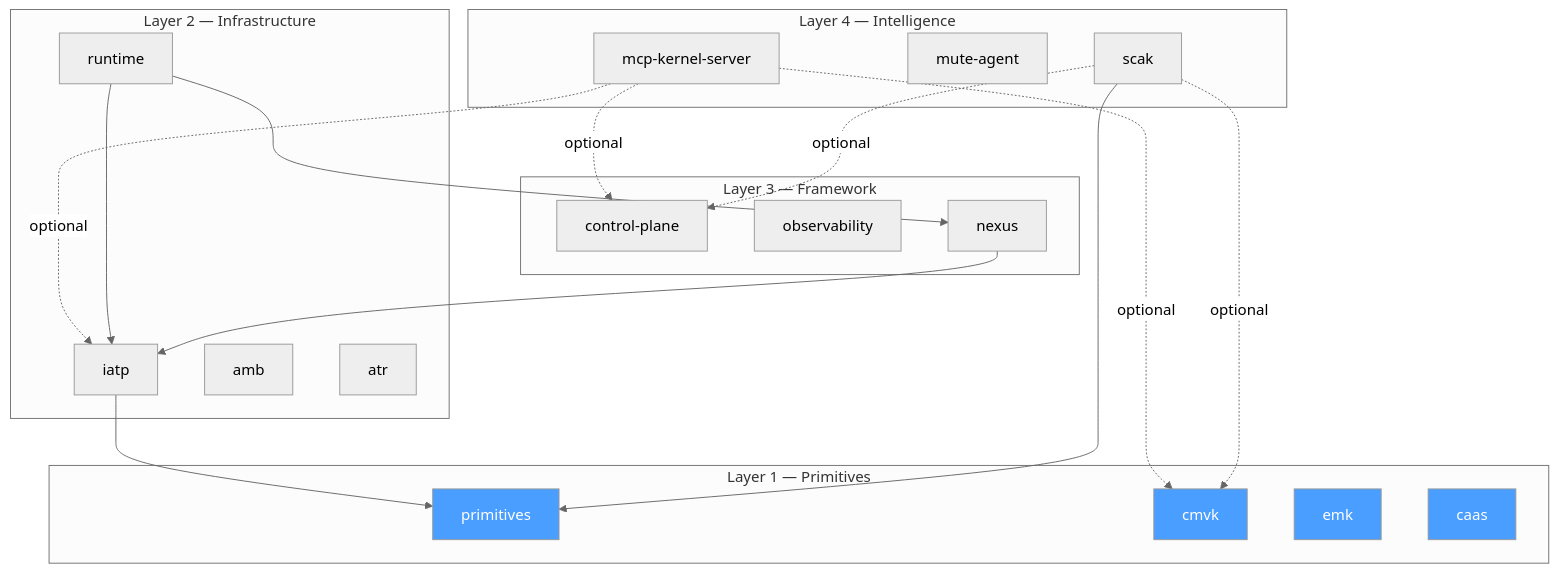
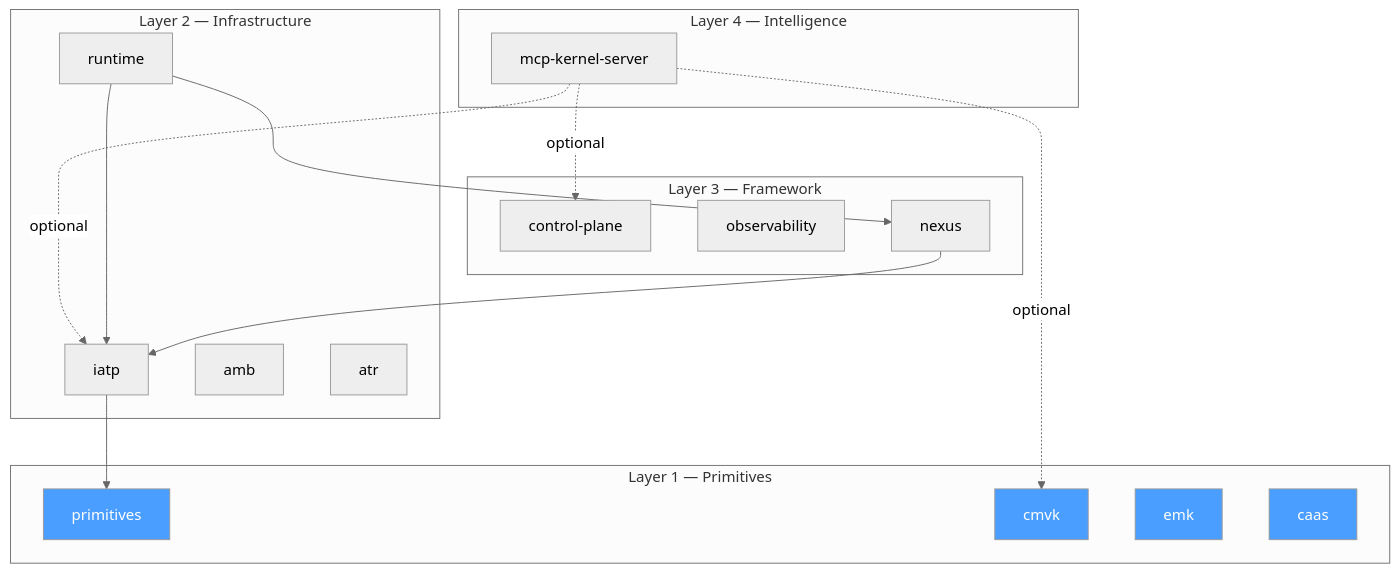
Before and after one commit to electricwolfemarshmallowhypertext/ms-agt: the second of 6 diagrams in agent-governance-python/agent-os/ARCHITECTURE.md, drawn with Mermaid (neutral theme). The commit also changed other lines of this file and 179 other files, not shown here.

First line of the commit message:
chore: remove mute-agent and scak modules (rebased #2742) (#2757)

````diff
--- a/agent-governance-python/agent-os/ARCHITECTURE.md
+++ b/agent-governance-python/agent-os/ARCHITECTURE.md
@@ -46,45 +44,40 @@
 ```mermaid
 graph TD
     subgraph "Layer 4 — Intelligence"
-        scak[scak]
-        mute[mute-agent]
         mcp[mcp-kernel-server]
     end
 
     subgraph "Layer 3 — Framework"
         cp[control-plane]
         obs[observability]
         nexus[nexus]
     end
 
     subgraph "Layer 2 — Infrastructure"
         iatp[iatp]
         amb[amb]
         atr[atr]
         runtime[runtime]
     end
 
     subgraph "Layer 1 — Primitives"
         prim[primitives]
         cmvk[cmvk]
         emk[emk]
         caas[caas]
     end
 
     %% Declared dependencies
-    scak --> prim
-    scak -.->|optional| cp
-    scak -.->|optional| cmvk
     iatp --> prim
     nexus --> iatp
     runtime --> nexus
     runtime --> iatp
     mcp -.->|optional| cp
     mcp -.->|optional| cmvk
     mcp -.->|optional| iatp
 
     style prim fill:#4a9eff,color:#fff
     style cmvk fill:#4a9eff,color:#fff
     style emk fill:#4a9eff,color:#fff
     style caas fill:#4a9eff,color:#fff
 ```
````
